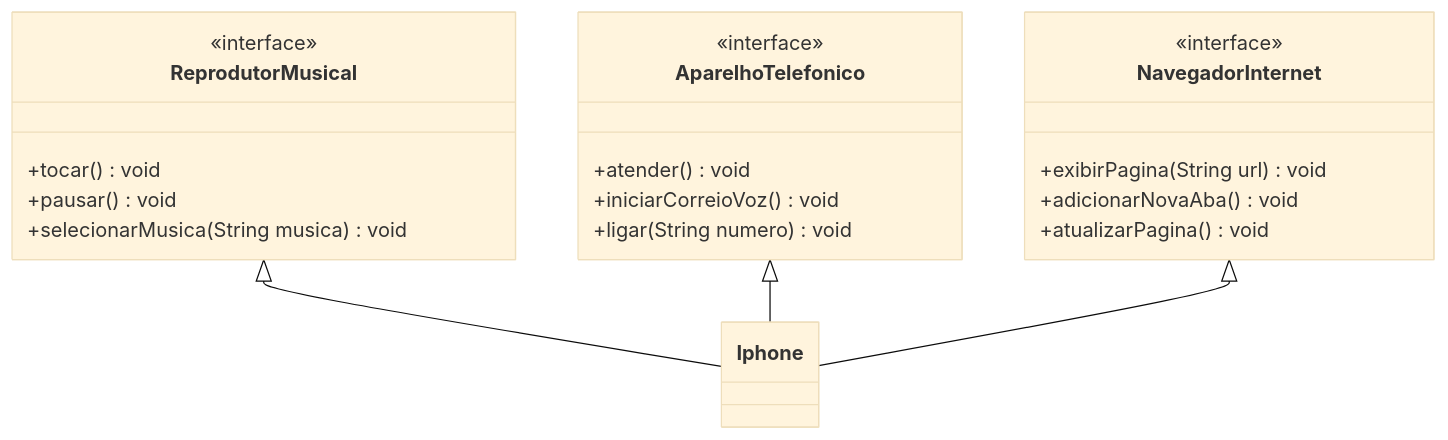
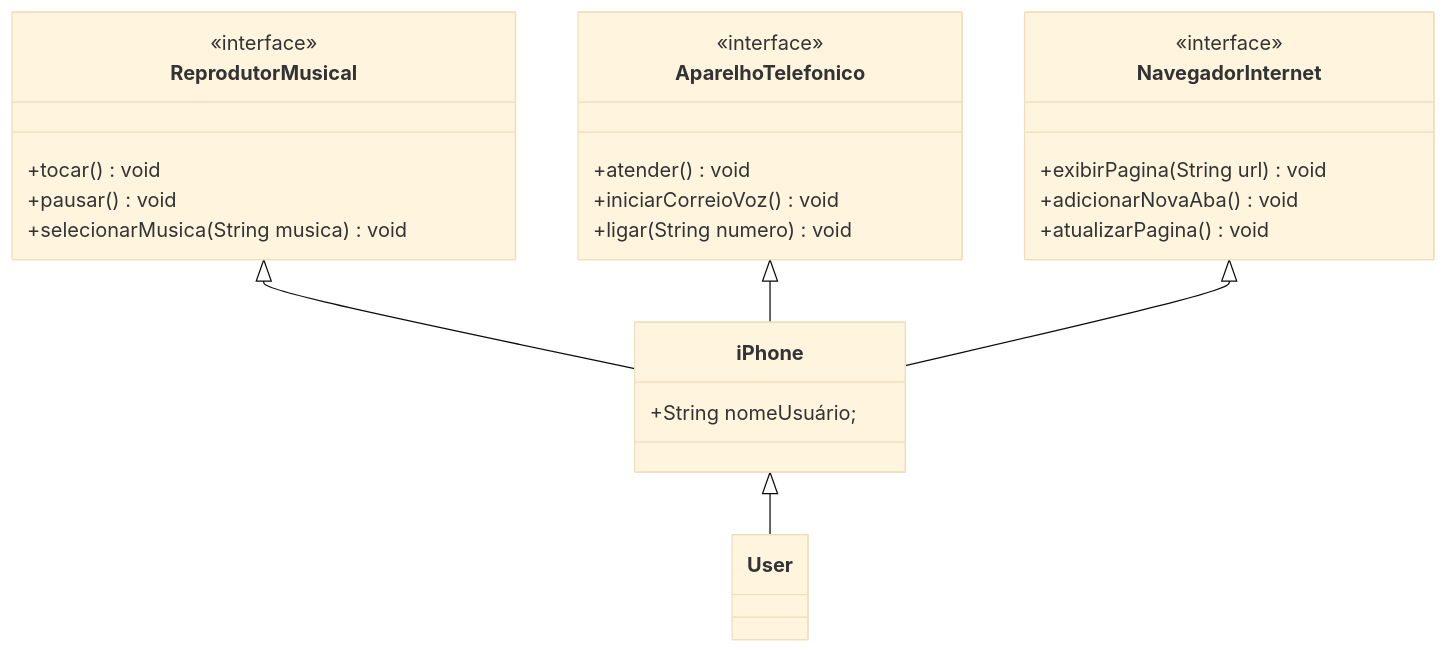
One commit to celiobenj/desafio-java-dio-iphone-POO changed the diagram in README.md. Above: the diagram before and after it, drawn with Mermaid (base theme). The commit also changed 1 other file, not shown here.

````diff
--- a/README.md
+++ b/README.md
@@ -8,26 +8,30 @@
 ```mermaid
 classDiagram
-    ReprodutorMusical <|-- Iphone
-    AparelhoTelefonico <|-- Iphone
-    NavegadorInternet <|-- Iphone
+    ReprodutorMusical <|-- iPhone
+    AparelhoTelefonico <|-- iPhone
+    NavegadorInternet <|-- iPhone
+    iPhone <|-- User
 
     class ReprodutorMusical{
         <<interface>>
         +tocar() void
         +pausar() void
         +selecionarMusica(String musica) void
     }
 
     class AparelhoTelefonico{
-      <<interface>>  
-      +atender() void
-      +iniciarCorreioVoz() void
-      +ligar(String numero) void
+        <<interface>>  
+        +atender() void
+        +iniciarCorreioVoz() void
+        +ligar(String numero) void
     }
     class NavegadorInternet{
-      <<interface>>
-      +exibirPagina(String url) void
-      +adicionarNovaAba() void
-      +atualizarPagina() void
+        <<interface>>
+        +exibirPagina(String url) void
+        +adicionarNovaAba() void
+        +atualizarPagina() void
+    }
+    class iPhone{
+        +String nomeUsuário;
     }
 ```
````
